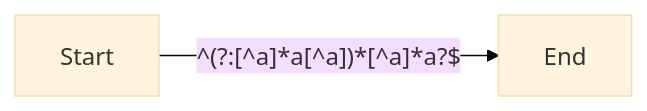
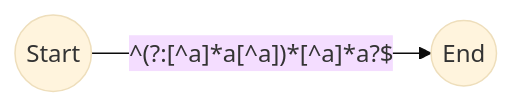
Before and after one commit to tdzl2003/leetcode_live: diagram 11 of 11 in regexp/20220102.md, drawn with Mermaid (base theme). The commit also changed other lines of this file, not shown here.

Commit message:
DFA用圆形图示

````diff
--- a/regexp/20220102.md
+++ b/regexp/20220102.md
@@ -85,4 +122,6 @@
 ```mermaid
 graph LR
-  Start -- "^(?:[^a]*a[^a])*[^a]*a?$" --> End
+    Start((Start))
+    End((End))
+    Start -- "^(?:[^a]*a[^a])*[^a]*a?$" --> End
 ```
````
